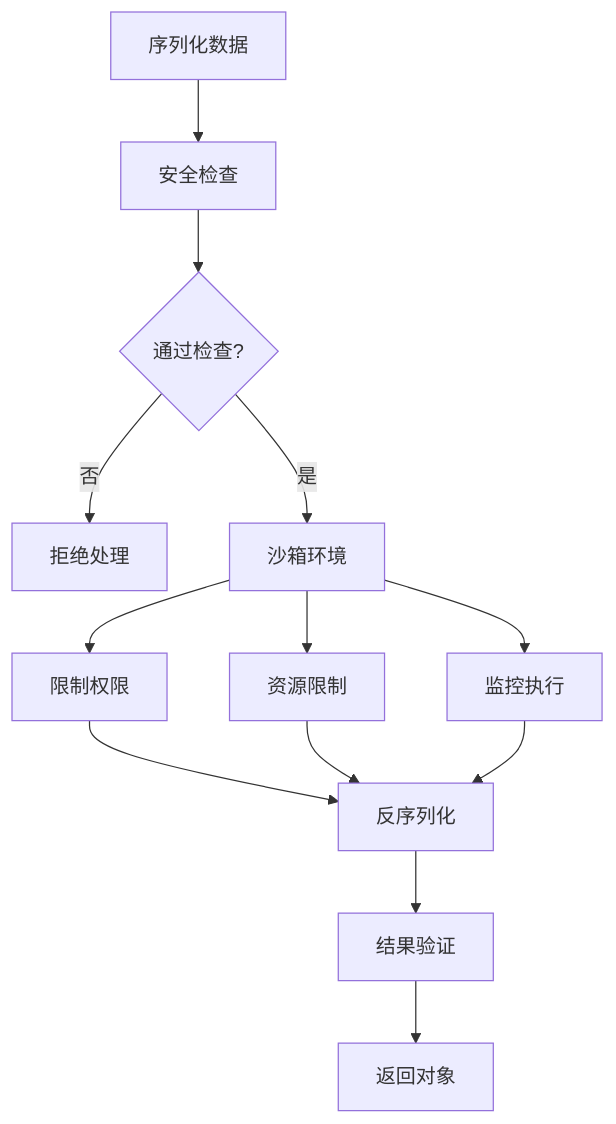
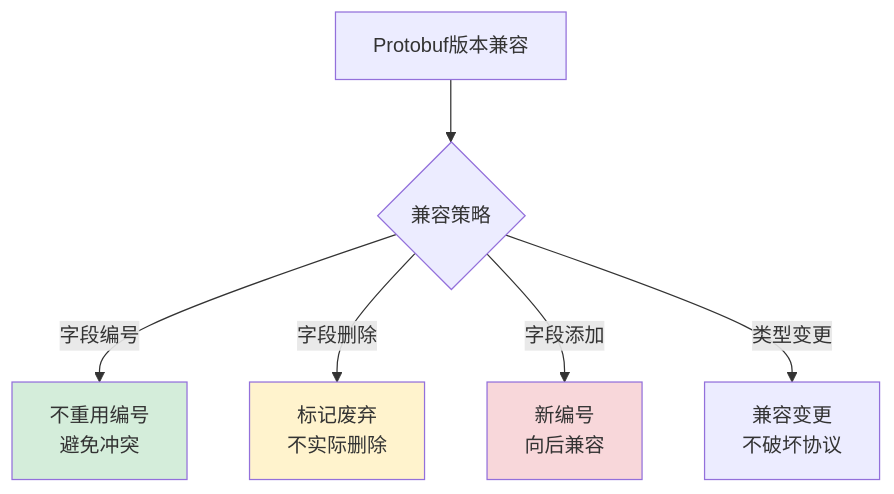
Diagram 18 of 24 in 00.通用技术的提升/02.程序编程原理/05.序列化数据的思想.md (chongyang211/YCBookBlog), drawn with Mermaid before and after one commit. The commit also changed other lines of this file and 28 other files, not shown here.

````diff
--- a/00.通用技术的提升/02.程序编程原理/05.序列化数据的思想.md
+++ b/00.通用技术的提升/02.程序编程原理/05.序列化数据的思想.md
@@ -389,18 +896,12 @@
 ```mermaid
-graph TD
-    A[序列化数据] --> B[安全检查]
-    B --> C{通过检查?}
-    C -->|否| D[拒绝处理]
-    C -->|是| E[沙箱环境]
+graph TB
+    A[Protobuf版本兼容] --> B{兼容策略}
+    B -->|字段编号| C[不重用编号<br/>避免冲突]
+    B -->|字段删除| D[标记废弃<br/>不实际删除]
+    B -->|字段添加| E[新编号<br/>向后兼容]
+    B -->|类型变更| F[兼容变更<br/>不破坏协议]
     
-    E --> F[限制权限]
-    E --> G[资源限制]
-    E --> H[监控执行]
-    
-    F --> I[反序列化]
-    G --> I
-    H --> I
-    
-    I --> J[结果验证]
-    J --> K[返回对象]
+    style C fill:#d4edda
+    style D fill:#fff3cd
+    style E fill:#f8d7da
 ```
````
